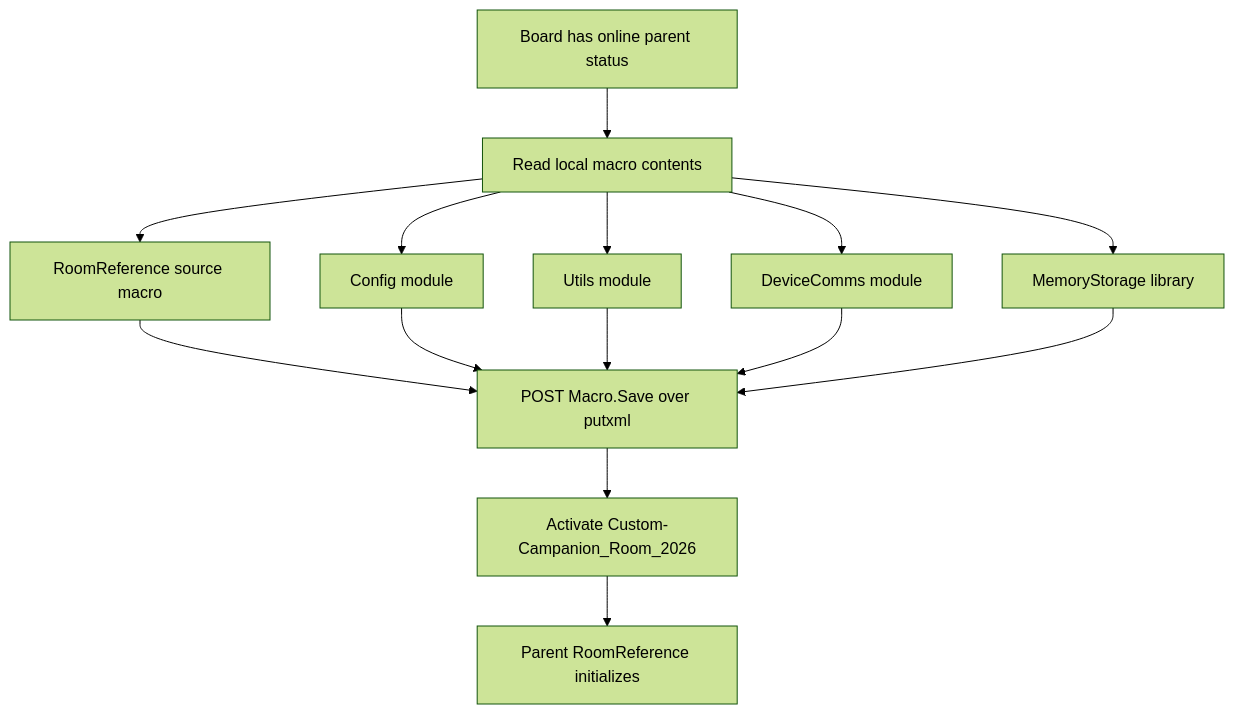
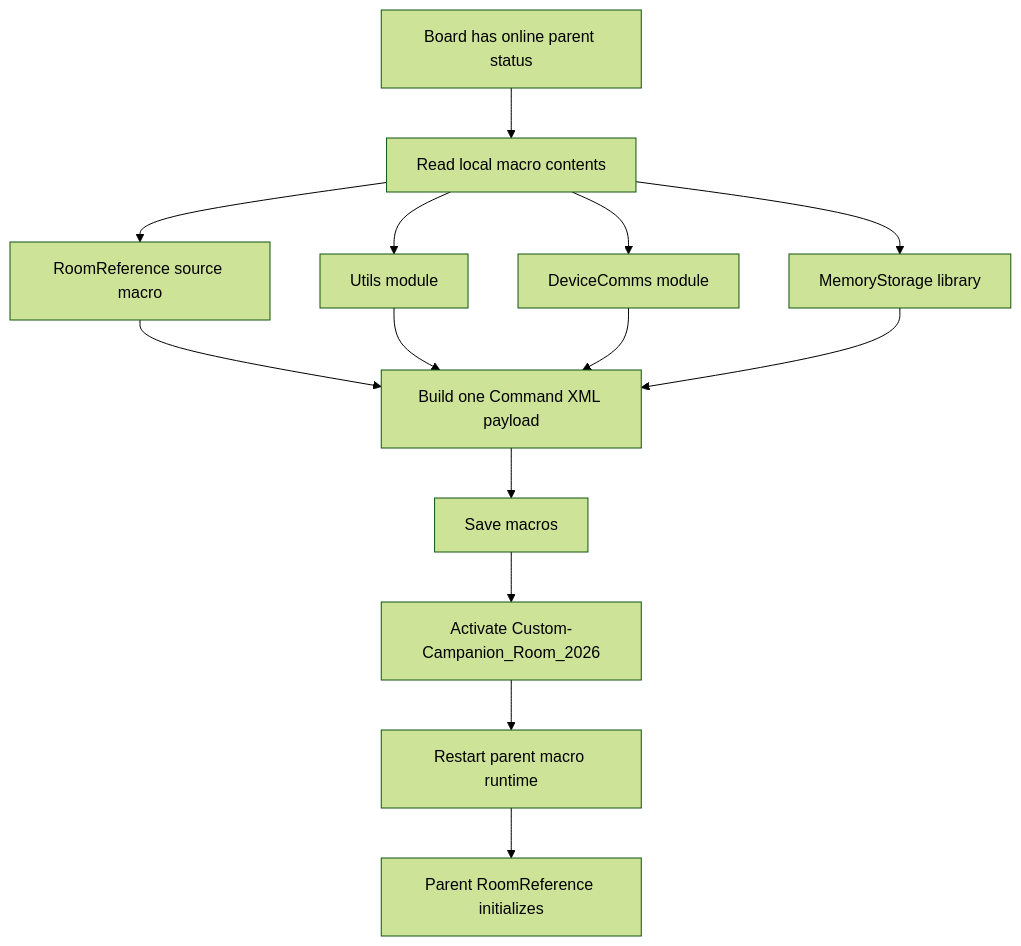
The second of 7 diagrams in README.md (ctg-tme/Custom_Companion_2026), drawn with Mermaid (forest theme) before and after one commit. The commit also changed other lines of this file and 5 other files, not shown here.

Commit message:
Move parent config to message sync

````diff
--- a/README.md
+++ b/README.md
@@ -51,16 +53,16 @@
 ```mermaid
 flowchart TD
 	A[Board has online parent status] --> B[Read local macro contents]
 	B --> C[RoomReference source macro]
-	B --> D[Config module]
-	B --> E[Utils module]
-	B --> F[DeviceComms module]
-	B --> G[MemoryStorage library]
-	C --> H[POST Macro.Save over putxml]
-	D --> H
-	E --> H
-	F --> H
-	G --> H
+	B --> D[Utils module]
+	B --> E[DeviceComms module]
+	B --> F[MemoryStorage library]
+	C --> G[Build one Command XML payload]
+	D --> G
+	E --> G
+	F --> G
+	G --> H[Save macros]
 	H --> I[Activate Custom-Campanion_Room_2026]
-	I --> J[Parent RoomReference initializes]
+	I --> J[Restart parent macro runtime]
+	J --> K[Parent RoomReference initializes]
 ```
````
